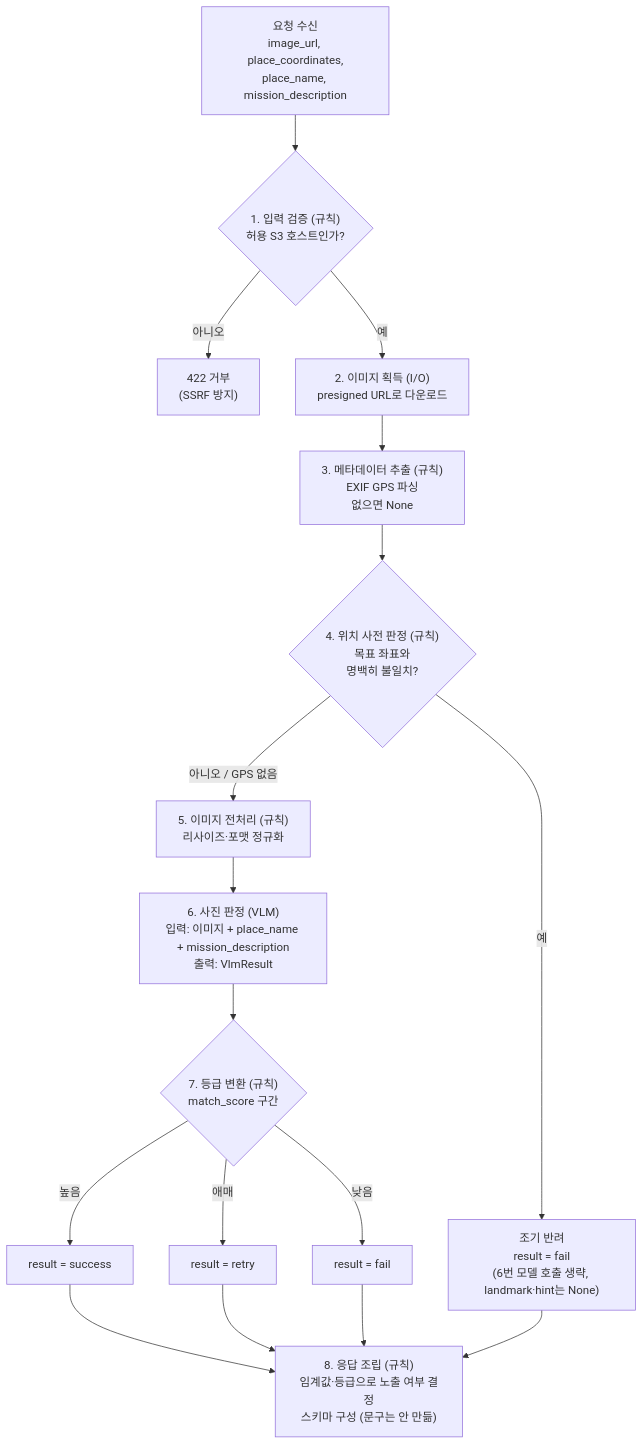
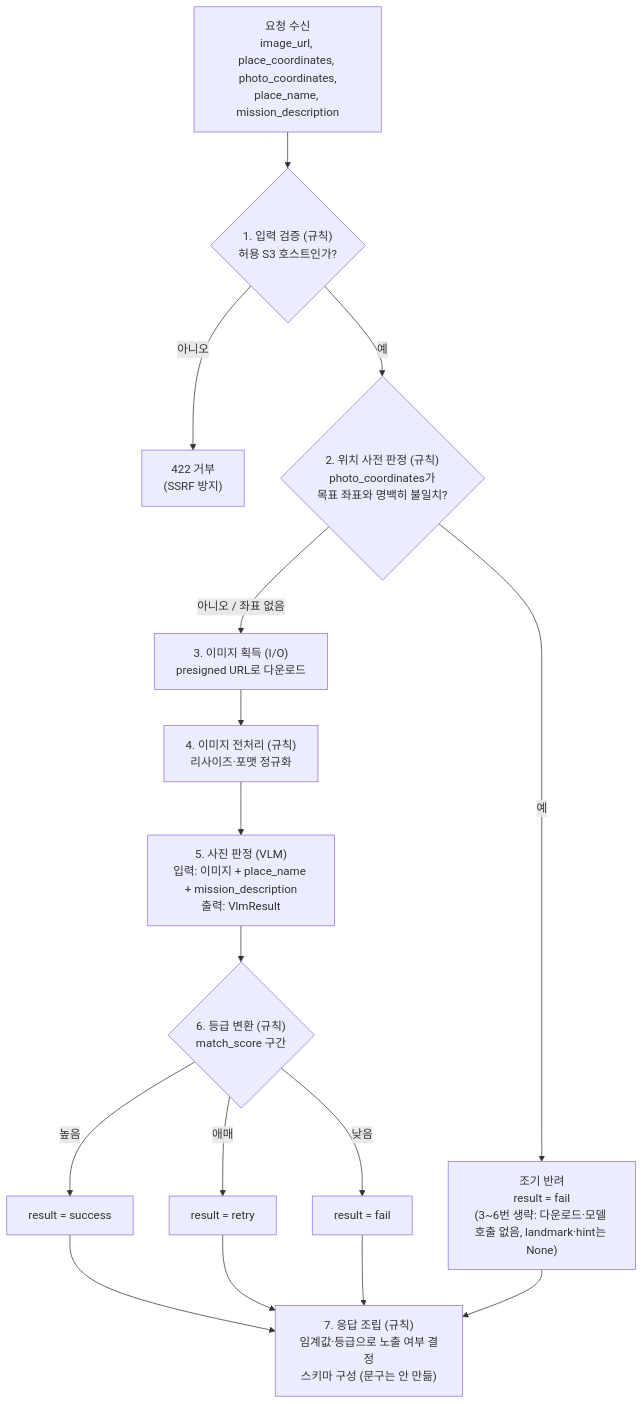
The third of 3 diagrams in docs/weeks_task/02_weeks/04.md (100-hours-a-week/KTB4-20th-AI), drawn with Mermaid before and after one commit. The commit also changed other lines of this file and 6 other files, not shown here.

First line of the commit message:
docs(photomissions): verify 위치 사전 판정을 photo_coordinates 기준으로 문서에 반영함

````diff
--- a/docs/weeks_task/02_weeks/04.md
+++ b/docs/weeks_task/02_weeks/04.md
@@ -355,20 +355,19 @@
 ```mermaid
 flowchart TB
-    A["요청 수신<br/>image_url, place_coordinates,<br/>place_name, mission_description"]
+    A["요청 수신<br/>image_url, place_coordinates, photo_coordinates,<br/>place_name, mission_description"]
     A --> S1{"1. 입력 검증 (규칙)<br/>허용 S3 호스트인가?"}
     S1 -- 아니오 --> X["422 거부<br/>(SSRF 방지)"]
-    S1 -- 예 --> S2["2. 이미지 획득 (I/O)<br/>presigned URL로 다운로드"]
-    S2 --> S3["3. 메타데이터 추출 (규칙)<br/>EXIF GPS 파싱<br/>없으면 None"]
-    S3 --> S4{"4. 위치 사전 판정 (규칙)<br/>목표 좌표와<br/>명백히 불일치?"}
-    S4 -- "예" --> S4a["조기 반려<br/>result = fail<br/>(6번 모델 호출 생략, landmark·hint는 None)"]
-    S4 -- "아니오 / GPS 없음" --> S5["5. 이미지 전처리 (규칙)<br/>리사이즈·포맷 정규화"]
-    S5 --> S6["6. 사진 판정 (VLM)<br/>입력: 이미지 + place_name + mission_description<br/>출력: VlmResult"]
-    S6 --> S7{"7. 등급 변환 (규칙)<br/>match_score 구간"}
-    S7 -- "높음" --> S7a["result = success"]
-    S7 -- "애매" --> S7b["result = retry"]
-    S7 -- "낮음" --> S7c["result = fail"]
-    S7a --> S8["8. 응답 조립 (규칙)<br/>임계값·등급으로 노출 여부 결정<br/>스키마 구성 (문구는 안 만듦)"]
-    S7b --> S8
-    S7c --> S8
-    S4a --> S8
+    S1 -- 예 --> S2{"2. 위치 사전 판정 (규칙)<br/>photo_coordinates가<br/>목표 좌표와 명백히 불일치?"}
+    S2 -- "예" --> S2a["조기 반려<br/>result = fail<br/>(3~6번 생략: 다운로드·모델 호출 없음, landmark·hint는 None)"]
+    S2 -- "아니오 / 좌표 없음" --> S3["3. 이미지 획득 (I/O)<br/>presigned URL로 다운로드"]
+    S3 --> S4["4. 이미지 전처리 (규칙)<br/>리사이즈·포맷 정규화"]
+    S4 --> S5["5. 사진 판정 (VLM)<br/>입력: 이미지 + place_name + mission_description<br/>출력: VlmResult"]
+    S5 --> S6{"6. 등급 변환 (규칙)<br/>match_score 구간"}
+    S6 -- "높음" --> S6a["result = success"]
+    S6 -- "애매" --> S6b["result = retry"]
+    S6 -- "낮음" --> S6c["result = fail"]
+    S6a --> S7["7. 응답 조립 (규칙)<br/>임계값·등급으로 노출 여부 결정<br/>스키마 구성 (문구는 안 만듦)"]
+    S6b --> S7
+    S6c --> S7
+    S2a --> S7
 ```
````
